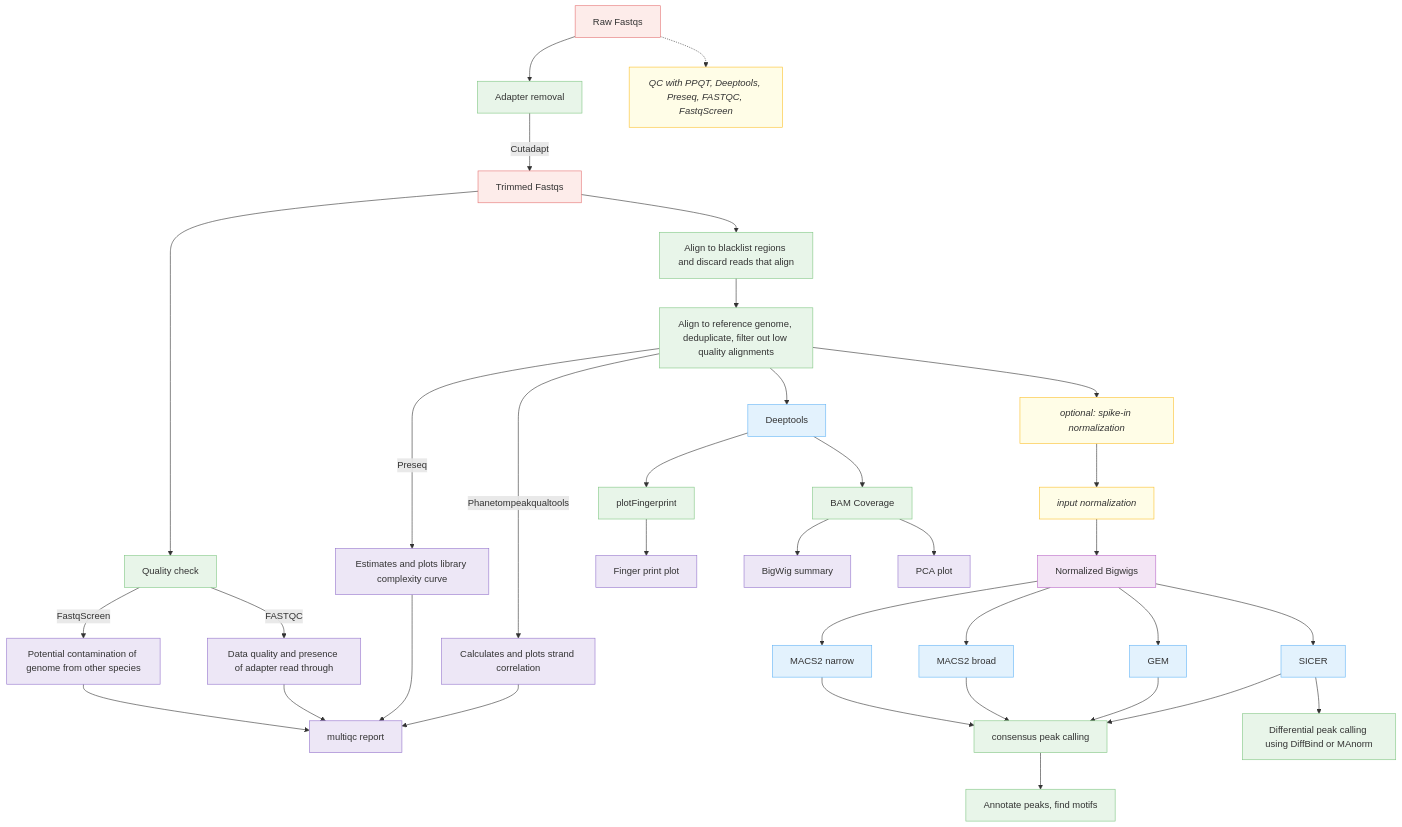
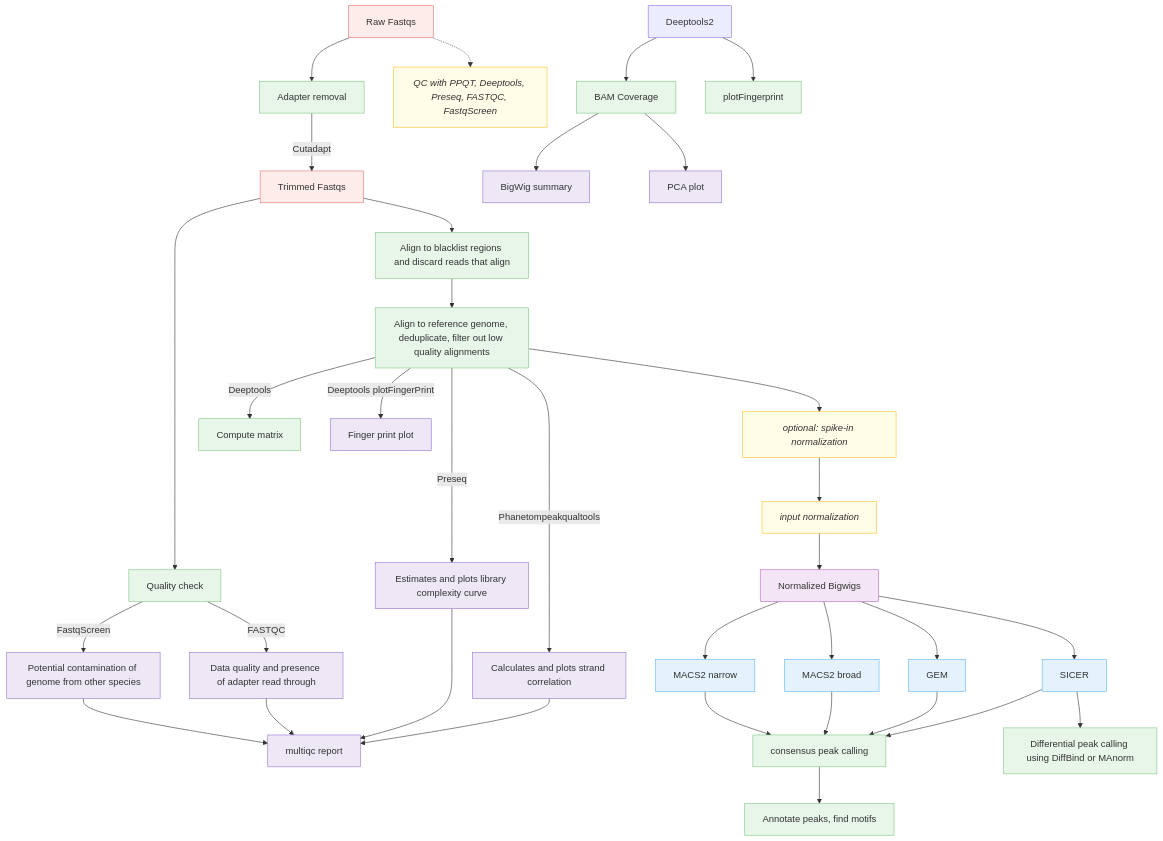
The first of 2 diagrams in docs/diagram/index.md (CCBR/CHAMPAGNE), drawn with Mermaid before and after one commit.

Commit message:
Updated flowchart.

````diff
--- a/docs/diagram/index.md
+++ b/docs/diagram/index.md
@@ -3,8 +3,6 @@
 ```mermaid
 
 flowchart TB
-
-%%{init: {'flowchart': {'nodeSpacing': 80, 'rankSpacing': 50}}}%%
 
   %% Input
   %%Raw["Raw Fastqs"]:::input -->|Adapter trimming| Trimmed["Trimmed Fastqs"]:::input
@@ -48,11 +46,11 @@
   InputNorm --> NormBigwigs["Normalized Bigwigs"]:::data
 
   %% Deeptools steps
-  Align --> Deeptools2["Deeptools"]:::tool
-  %%Deeptools2 --> Matrix["Compute matrix"]:::process
+  %%Align --> Deeptools["Deeptools"]:::tool
+  Align --> |Deeptools| Matrix["Compute matrix"]:::process
   Deeptools2 --> BAMcov["BAM Coverage"]:::process
   Deeptools2 --> Fingerprint["plotFingerprint"]:::process
-  Fingerprint --> Fingerprintplot["Finger print plot"]:::output
+  Align --> |Deeptools plotFingerPrint| Fingerprintplot["Finger print plot"]:::output
 
   %%Matrix --> Heatmap["TSS profile plot and heatmap"]:::output
   BAMcov --> Bigwig["BigWig summary"]:::output
````
